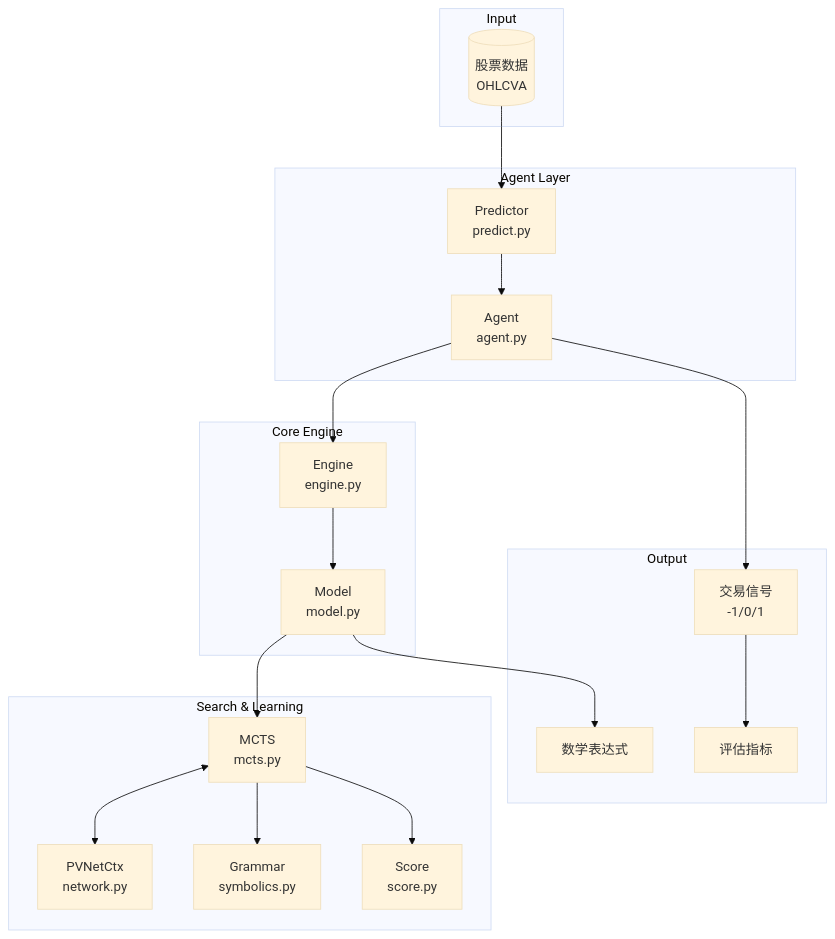
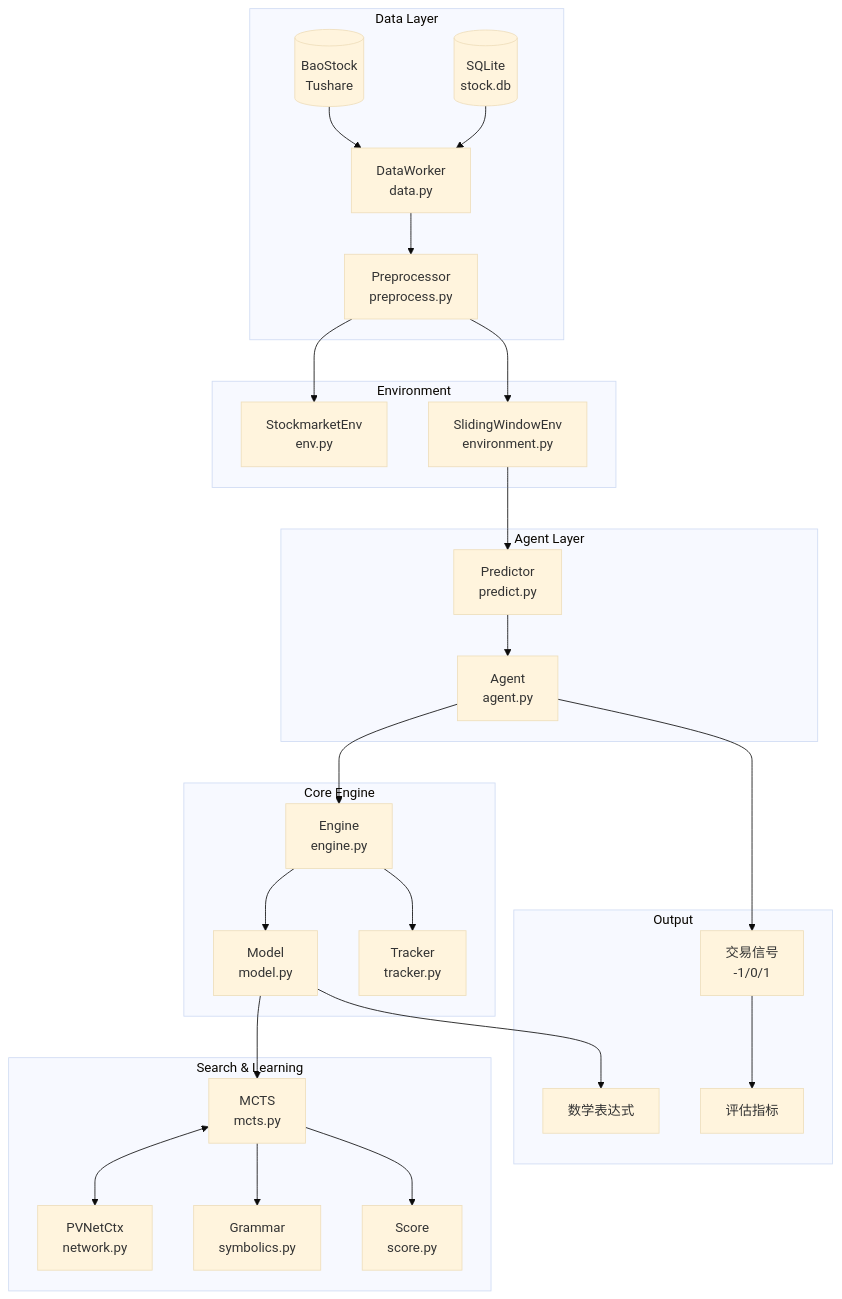
One commit to JNU-Tangyin/eata changed the first of 2 diagrams in README.md. Above: the diagram before and after it, drawn with Mermaid (base theme). The commit also changed other lines of this file and 34 other files, not shown here.

````diff
--- a/README.md
+++ b/README.md
@@ -109,41 +167,56 @@
 ```mermaid
 graph TB
-    subgraph Input
-        Data[(股票数据<br/>OHLCVA)]
+    subgraph Data Layer
+        BaoStock[(BaoStock<br/>Tushare)]
+        SQLite[(SQLite<br/>stock.db)]
+        DataWorker[DataWorker<br/>data.py]
+        Preprocessor[Preprocessor<br/>preprocess.py]
+    end
+    
+    subgraph Environment
+        StockEnv[StockmarketEnv<br/>env.py]
+        SlidingEnv[SlidingWindowEnv<br/>environment.py]
     end
     
     subgraph Agent Layer
         Agent[Agent<br/>agent.py]
         Predictor[Predictor<br/>predict.py]
     end
     
     subgraph Core Engine
         Engine[Engine<br/>engine.py]
         Model[Model<br/>model.py]
+        Tracker[Tracker<br/>tracker.py]
     end
     
     subgraph Search & Learning
         MCTS[MCTS<br/>mcts.py]
         PVNet[PVNetCtx<br/>network.py]
         Grammar[Grammar<br/>symbolics.py]
         Score[Score<br/>score.py]
     end
     
     subgraph Output
         Expression[数学表达式]
         Signal[交易信号<br/>-1/0/1]
         Metrics[评估指标]
     end
     
-    Data --> Predictor
+    BaoStock --> DataWorker
+    SQLite --> DataWorker
+    DataWorker --> Preprocessor
+    Preprocessor --> StockEnv
+    Preprocessor --> SlidingEnv
+    SlidingEnv --> Predictor
     Predictor --> Agent
     Agent --> Engine
     Engine --> Model
+    Engine --> Tracker
     Model --> MCTS
     MCTS <--> PVNet
     MCTS --> Grammar
     MCTS --> Score
     Model --> Expression
     Agent --> Signal
     Signal --> Metrics
 ```
````
